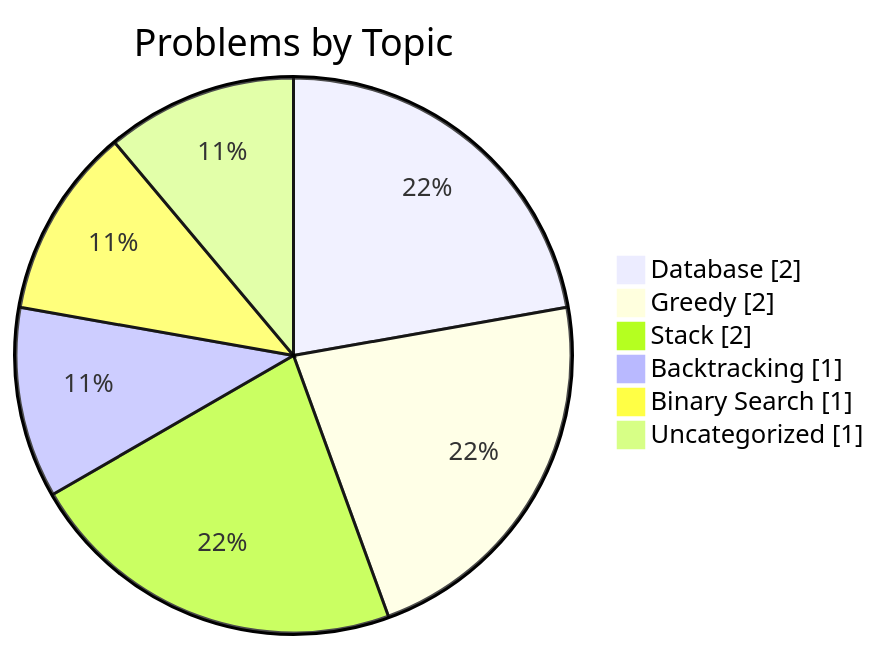
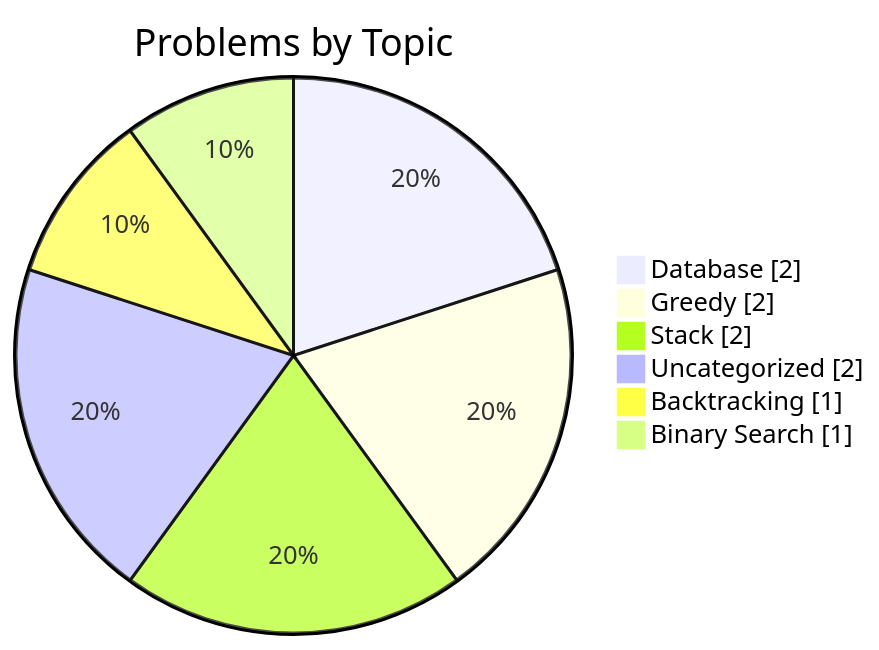
One commit to samy-D5/Leetcode changed the second of 2 diagrams in README.md. Above: the diagram before and after it, drawn with Mermaid. The commit also changed other lines of this file, not shown here.

````diff
--- a/README.md
+++ b/README.md
@@ -27,9 +27,9 @@
 ```mermaid
 pie showData title Problems by Topic
     "Database" : 2
     "Greedy" : 2
     "Stack" : 2
+    "Uncategorized" : 2
     "Backtracking" : 1
     "Binary Search" : 1
-    "Uncategorized" : 1
 ```
````
